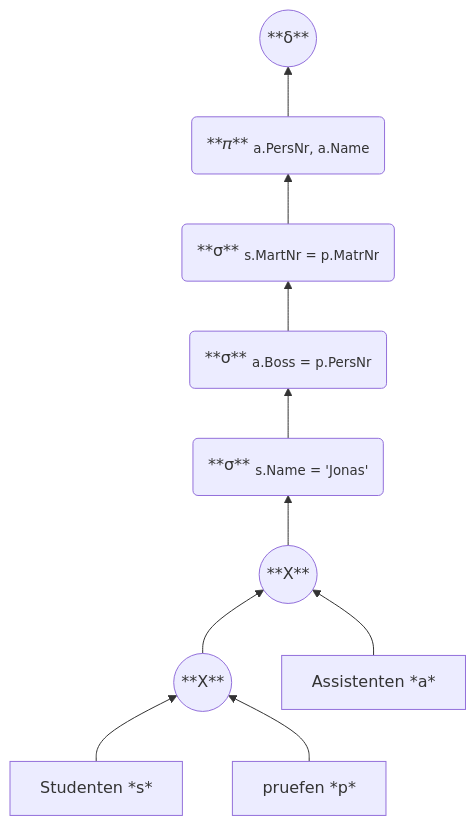
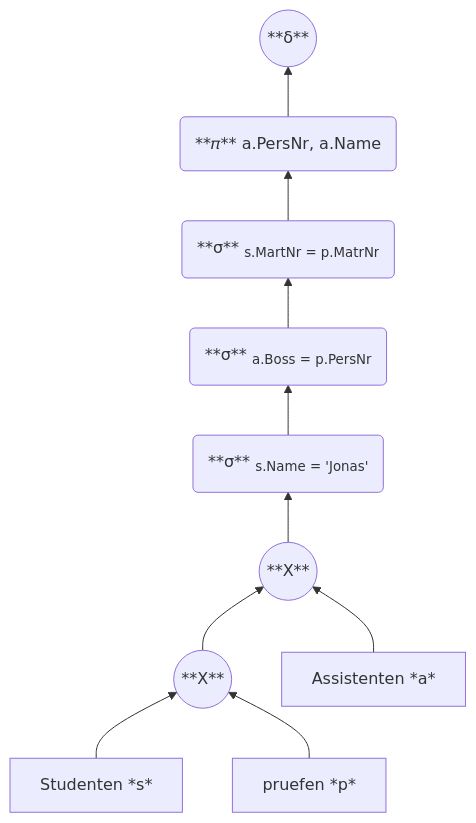
The second of 3 diagrams in canonic-translation/example-optimierung.md (IxI-Enki/DbiTheorie-001), drawn with Mermaid before and after one commit. The commit also changed other lines of this file, not shown here.

````diff
--- a/canonic-translation/example-optimierung.md
+++ b/canonic-translation/example-optimierung.md
@@ -47,27 +47,27 @@
 ```mermaid
 flowchart BT
   0((**δ**))
-  d(**𝜋** <sub> a.PersNr, a.Name</sub> )
-%%  w(**σ** <sub>s.MartNr = p.MatrNr **AND**..</sub>)
+  d(**𝜋**  a.PersNr, a.Name  )
+%%  w(**σ** s.MartNr = p.MatrNr **AND**.. )
   
   sJ(**σ** <sub>s.Name   = 'Jonas'</sub>)
   ap(**σ** <sub>a.Boss   = p.PersNr</sub>)
   sp(**σ** <sub>s.MartNr = p.MatrNr</sub>)
 
   x1((**X**))
   x0((**X**))
   
   a[Assistenten *a*]
   s[Studenten *s*]
   p[pruefen *p*]
 
   x1 --> sJ
   sJ --> ap
   ap --> sp
   x0 --> x1
   s --> x0
   a --> x1
   p --> x0
   sp --> d
   d --> 0
 ```
````
